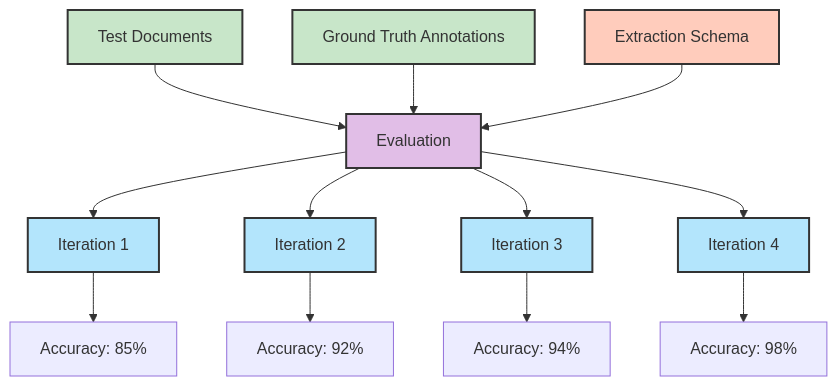
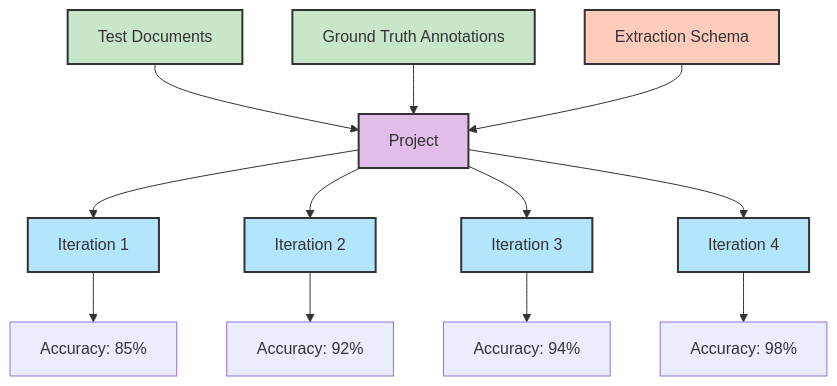
One commit to retab-dev/docs changed the diagram in core-concepts/Evaluations.mdx. Above: the diagram before and after it, drawn with Mermaid. The commit also changed other lines of this file and 5 other files, not shown here.

````diff
--- a/core-concepts/Evaluations.mdx
+++ b/core-concepts/Evaluations.mdx
@@ -6,25 +6,25 @@
 ```mermaid
 flowchart TD
-    A[Test Documents] --> D[Evaluation]
+    A[Test Documents] --> D[Project]
     B[Ground Truth Annotations] --> D
     C[Extraction Schema] --> D
     
     D --> E[Iteration 1]
     D --> F[Iteration 2] 
     D --> G[Iteration 3]
     D --> H[Iteration 4]
     
     E --> I[Accuracy: 85%]
     F --> J[Accuracy: 92%]
     G --> K[Accuracy: 94%]
     H --> L[Accuracy: 98%]
     
     style A fill:#c8e6c9,stroke:#333,stroke-width:2px
     style B fill:#c8e6c9,stroke:#333,stroke-width:2px
     style C fill:#ffccbc,stroke:#333,stroke-width:2px
     style D fill:#e1bee7,stroke:#333,stroke-width:2px
     style E fill:#b3e5fc,stroke:#333,stroke-width:2px
     style F fill:#b3e5fc,stroke:#333,stroke-width:2px
     style G fill:#b3e5fc,stroke:#333,stroke-width:2px
     style H fill:#b3e5fc,stroke:#333,stroke-width:2px
 ```
````
